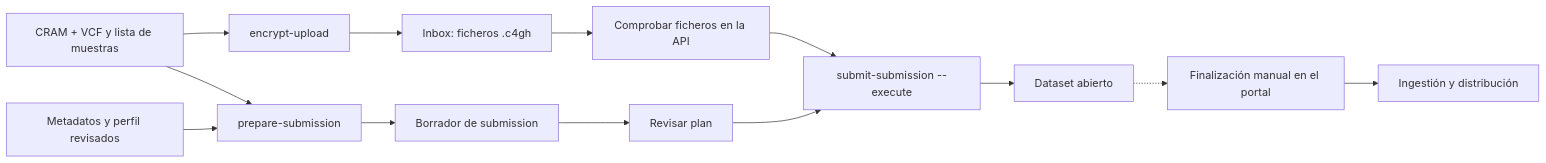
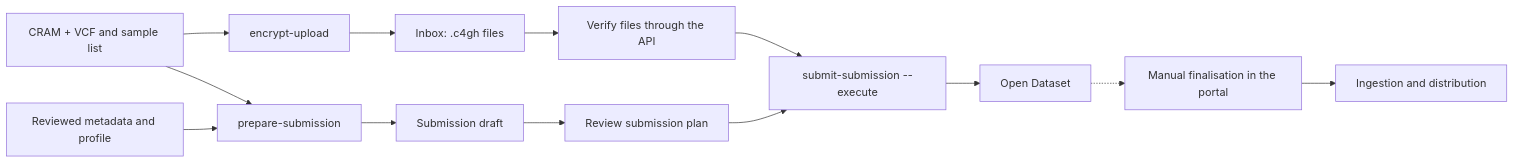
One commit to Aberdur/impact-tools changed the diagram in docs/ega/README.md. Above: the diagram before and after it, drawn with Mermaid. The commit also changed other lines of this file and 2 other files, not shown here.

````diff
--- a/docs/ega/README.md
+++ b/docs/ega/README.md
@@ -17,15 +16,15 @@
 ```mermaid
 flowchart LR
-    A["CRAM + VCF y lista de muestras"] --> B["encrypt-upload"]
-    B --> C["Inbox: ficheros .c4gh"]
+    A["CRAM + VCF and sample list"] --> B["encrypt-upload"]
+    B --> C["Inbox: .c4gh files"]
     A --> D["prepare-submission"]
-    M["Metadatos y perfil revisados"] --> D
-    D --> E["Borrador de submission"]
-    C --> F["Comprobar ficheros en la API"]
-    E --> G["Revisar plan"]
+    M["Reviewed metadata and profile"] --> D
+    D --> E["Submission draft"]
+    C --> F["Verify files through the API"]
+    E --> G["Review submission plan"]
     F --> H["submit-submission --execute"]
     G --> H
-    H --> I["Dataset abierto"]
-    I -.-> J["Finalización manual en el portal"]
-    J --> K["Ingestión y distribución"]
+    H --> I["Open Dataset"]
+    I -.-> J["Manual finalisation in the portal"]
+    J --> K["Ingestion and distribution"]
 ```
````
